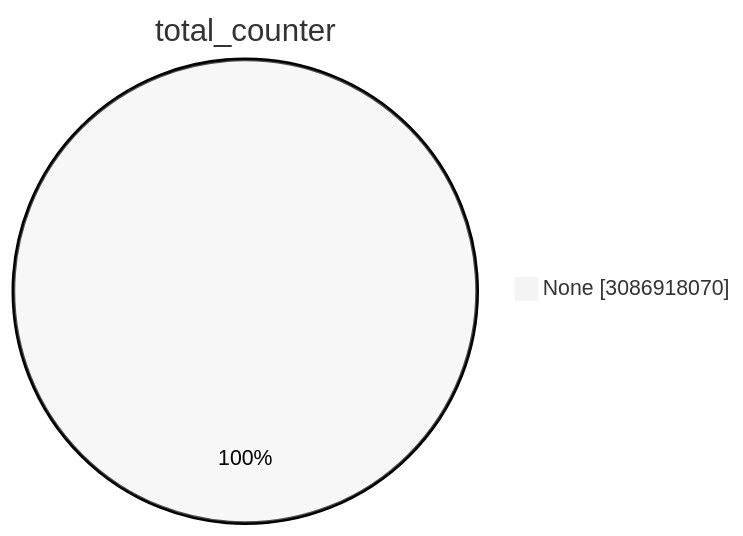
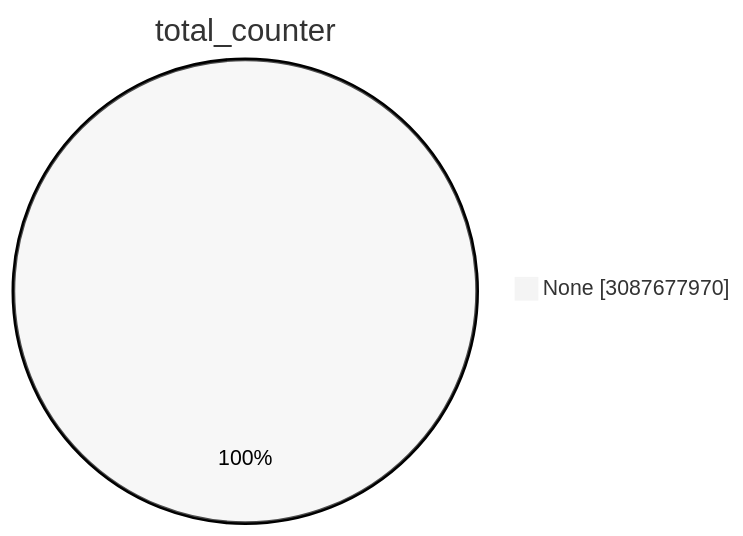
The first of 15 diagrams in TOTAL/README.md (christiankrug/ctmonitor_visualization), drawn with Mermaid (neutral theme) before and after one commit. The commit also changed other lines of this file, not shown here.

````diff
--- a/TOTAL/README.md
+++ b/TOTAL/README.md
@@ -1,5 +1,5 @@
 ```mermaid
 pie showData
 title total_counter
-"None" :3086918070
+"None" :3087677970
 ```
````
